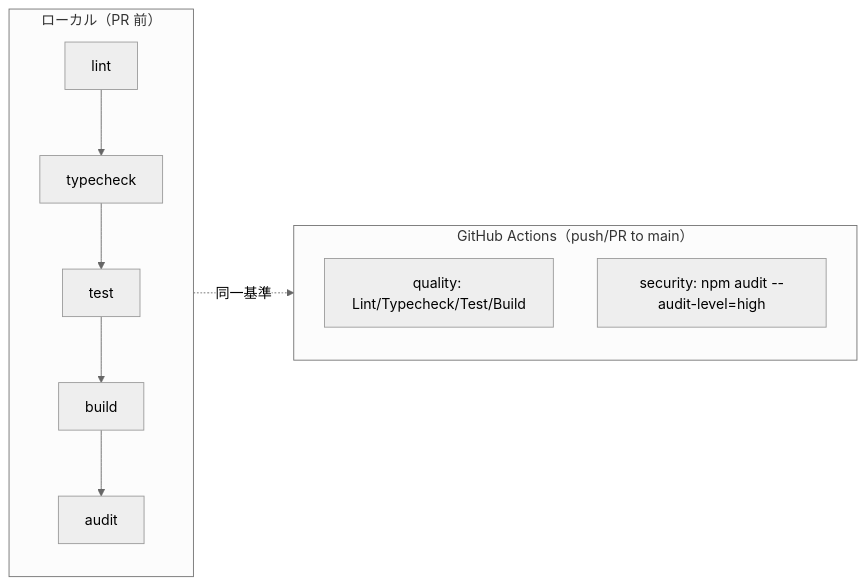
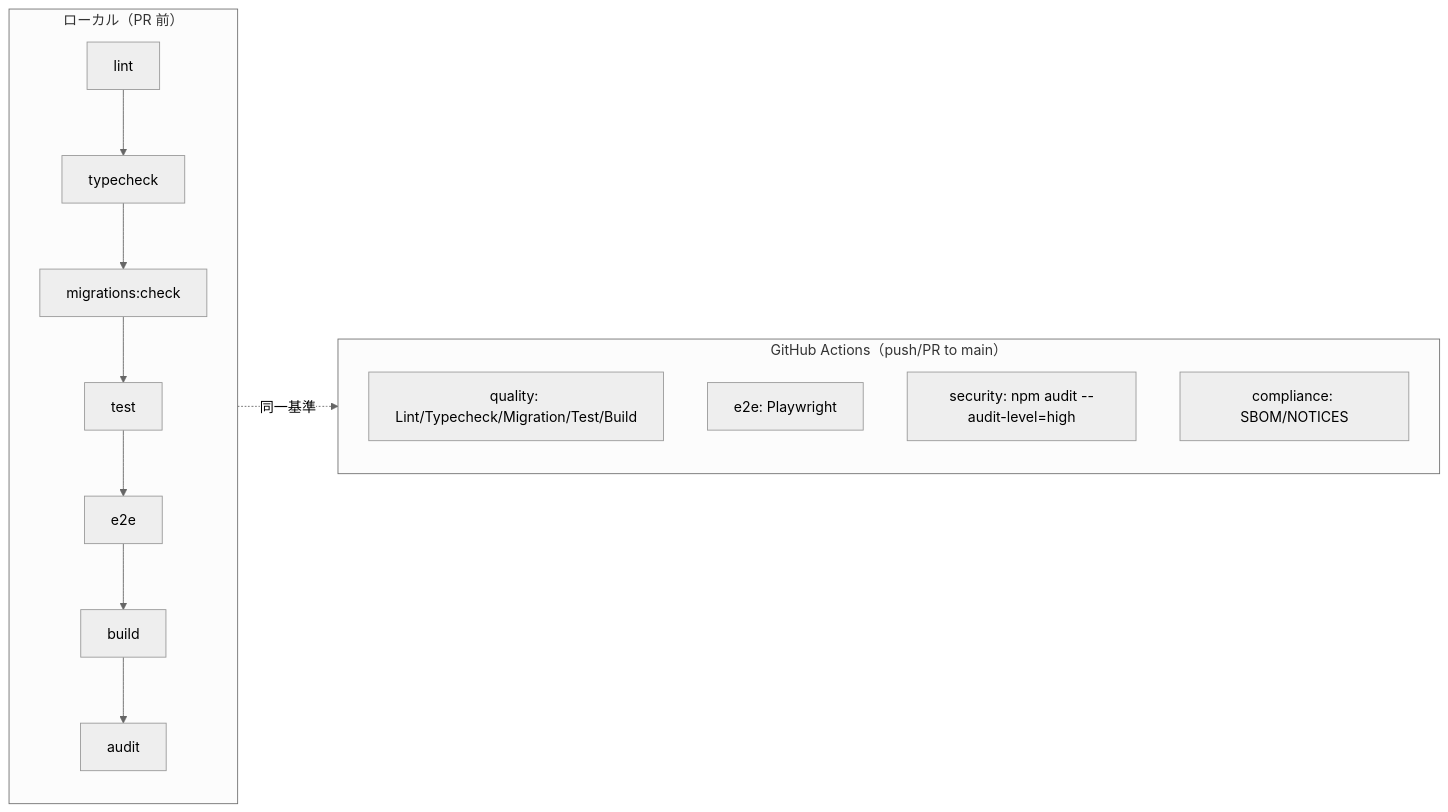
One commit to Kensan196948G/CivilDraft-Web-CAD changed the first of 3 diagrams in docs/operations/operations-manual.md. Above: the diagram before and after it, drawn with Mermaid (neutral theme). The commit also changed other lines of this file and 50 other files, not shown here.

````diff
--- a/docs/operations/operations-manual.md
+++ b/docs/operations/operations-manual.md
@@ -84,11 +88,13 @@
 ```mermaid
 flowchart LR
     subgraph LOCAL["ローカル（PR 前）"]
-      L1["lint"] --> L2["typecheck"] --> L3["test"] --> L4["build"] --> L5["audit"]
+      L1["lint"] --> L2["typecheck"] --> L3["migrations:check"] --> L4["test"] --> L5["e2e"] --> L6["build"] --> L7["audit"]
     end
     subgraph CI["GitHub Actions（push/PR to main）"]
-      Q["quality: Lint/Typecheck/Test/Build"]
+      Q["quality: Lint/Typecheck/Migration/Test/Build"]
+      E["e2e: Playwright"]
       S["security: npm audit --audit-level=high"]
+      C["compliance: SBOM/NOTICES"]
     end
     LOCAL -.->|同一基準| CI
 ```
````
